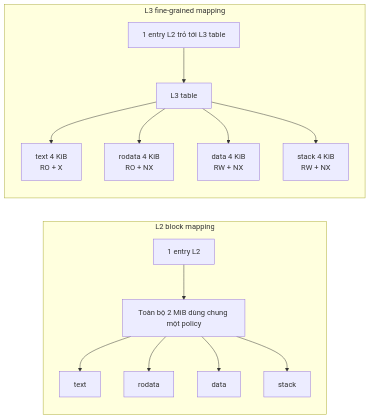
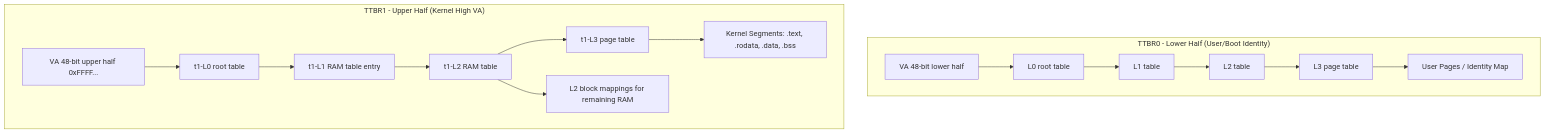
One commit to thanhan0602/os_armv8a changed the diagram in mmu_design.md. Above: the diagram before and after it, drawn with Mermaid. The commit also changed other lines of this file and 1 other file, not shown here.

Commit message:
Page splitting and merging

````diff
--- a/mmu_design.md
+++ b/mmu_design.md
@@ -232,18 +43,34 @@
 ```mermaid
-flowchart LR
-  subgraph B1[L2 block mapping]
-    BVA[1 entry L2] --> BREG[Toàn bộ 2 MiB dùng chung một policy]
-    BREG --> BTXT[text]
-    BREG --> BRO[rodata]
-    BREG --> BDATA[data]
-    BREG --> BSTACK[stack]
-  end
+flowchart TD
+    subgraph TTBR0["TTBR0 - Lower Half (User/Boot Identity)"]
+        VA0[VA 48-bit lower half]
+        L0_0[L0 root table]
+        L1_0[L1 table]
+        L2_0[L2 table]
+        L3_0[L3 page table]
+        UP[User Pages / Identity Map]
 
-  subgraph B2[L3 fine-grained mapping]
-    FVA[1 entry L2 trỏ tới L3 table] --> FTBL[L3 table]
-    FTBL --> FTXT[text 4 KiB\nRO + X]
-    FTBL --> FRO[rodata 4 KiB\nRO + NX]
-    FTBL --> FDATA[data 4 KiB\nRW + NX]
-    FTBL --> FSTACK[stack 4 KiB\nRW + NX]
-  end
+        VA0 --> L0_0
+        L0_0 --> L1_0
+        L1_0 --> L2_0
+        L2_0 --> L3_0
+        L3_0 --> UP
+    end
+
+    subgraph TTBR1["TTBR1 - Upper Half (Kernel High VA)"]
+        VA1[VA 48-bit upper half 0xFFFF...]
+        L0_1[t1-L0 root table]
+        L1R_1[t1-L1 RAM table entry]
+        L2_1[t1-L2 RAM table]
+        L3_1[t1-L3 page table]
+        KP_1[Kernel Segments: .text, .rodata, .data, .bss]
+        RB_1[L2 block mappings for remaining RAM]
+
+        VA1 --> L0_1
+        L0_1 --> L1R_1
+        L1R_1 --> L2_1
+        L2_1 --> L3_1
+        L3_1 --> KP_1
+        L2_1 --> RB_1
+    end
 ```
````
